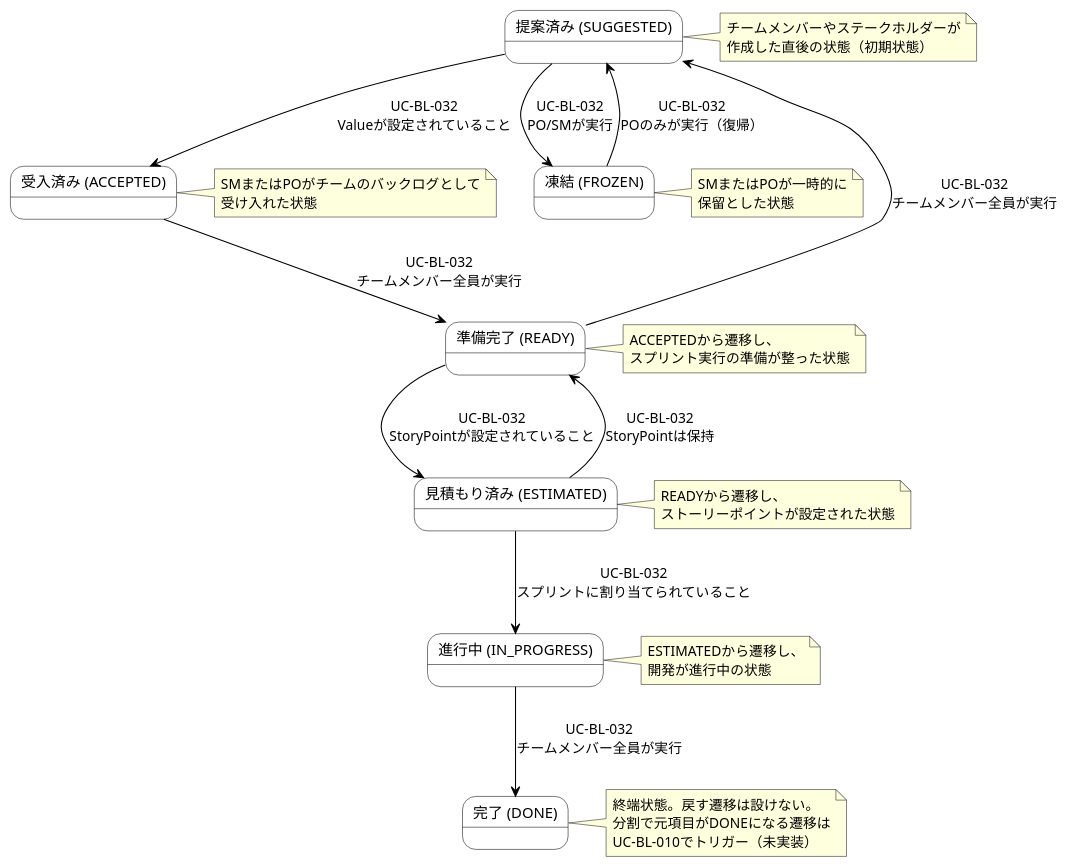
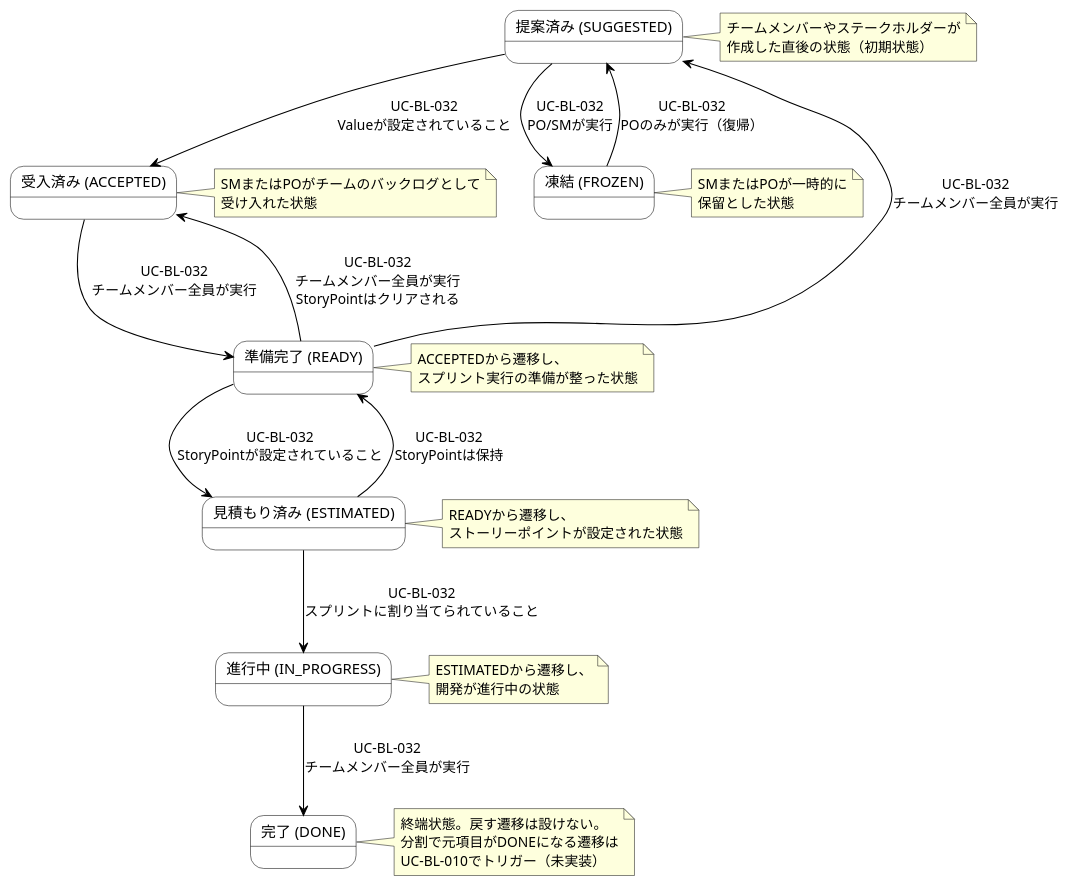
Before and after one commit to mizo432/modulith-learning: the diagram in docs/22 要件定義書/AG アジルーム/03 機能要件/AG-02 要求バックログ管理/04.システム/02.ステート/ステートマシン図_バックログ項目.md, drawn with PlantUML. The commit also changed other lines of this file and 2 other files, not shown here.

Commit message:
docs: #522 計画書とRDRA（ステートマシン図・UC-BL-032）へREADY→ACCEPTED遷移を追加

````diff
--- a/docs/22 要件定義書/AG アジルーム/03 機能要件/AG-02 要求バックログ管理/04.システム/02.ステート/ステートマシン図_バックログ項目.md
+++ b/docs/22 要件定義書/AG アジルーム/03 機能要件/AG-02 要求バックログ管理/04.システム/02.ステート/ステートマシン図_バックログ項目.md
@@ -7,63 +7,64 @@
 ```plantuml
 @startuml
 skinparam state {
   BackgroundColor White
   BorderColor Black
   ArrowColor Black
 }
 
 state "提案済み (SUGGESTED)" as SUGGESTED
 state "受入済み (ACCEPTED)" as ACCEPTED
 state "凍結 (FROZEN)" as FROZEN
 state "準備完了 (READY)" as READY
 state "見積もり済み (ESTIMATED)" as ESTIMATED
 state "進行中 (IN_PROGRESS)" as IN_PROGRESS
 state "完了 (DONE)" as DONE
 
 SUGGESTED --> ACCEPTED : UC-BL-032\nValueが設定されていること
 SUGGESTED --> FROZEN : UC-BL-032\nPO/SMが実行
 FROZEN --> SUGGESTED : UC-BL-032\nPOのみが実行（復帰）
 ACCEPTED --> READY : UC-BL-032\nチームメンバー全員が実行
 READY --> SUGGESTED : UC-BL-032\nチームメンバー全員が実行
+READY --> ACCEPTED : UC-BL-032\nチームメンバー全員が実行\nStoryPointはクリアされる
 READY --> ESTIMATED : UC-BL-032\nStoryPointが設定されていること
 ESTIMATED --> READY : UC-BL-032\nStoryPointは保持
 ESTIMATED --> IN_PROGRESS : UC-BL-032\nスプリントに割り当てられていること
 IN_PROGRESS --> DONE : UC-BL-032\nチームメンバー全員が実行
 
 note right of SUGGESTED
   チームメンバーやステークホルダーが
   作成した直後の状態（初期状態）
 end note
 
 note right of ACCEPTED
   SMまたはPOがチームのバックログとして
   受け入れた状態
 end note
 
 note right of FROZEN
   SMまたはPOが一時的に
   保留とした状態
 end note
 
 note right of READY
   ACCEPTEDから遷移し、
   スプリント実行の準備が整った状態
 end note
 
 note right of ESTIMATED
   READYから遷移し、
   ストーリーポイントが設定された状態
 end note
 
 note right of IN_PROGRESS
   ESTIMATEDから遷移し、
   開発が進行中の状態
 end note
 
 note right of DONE
   終端状態。戻す遷移は設けない。
   分割で元項目がDONEになる遷移は
   UC-BL-010でトリガー（未実装）
 end note
 @enduml
 ```
````
